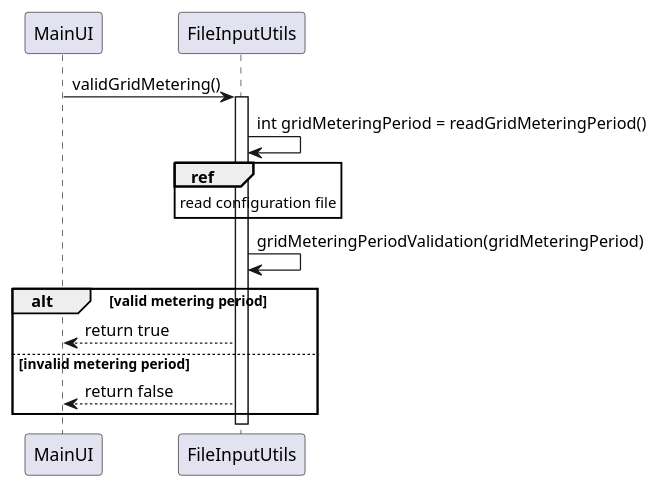
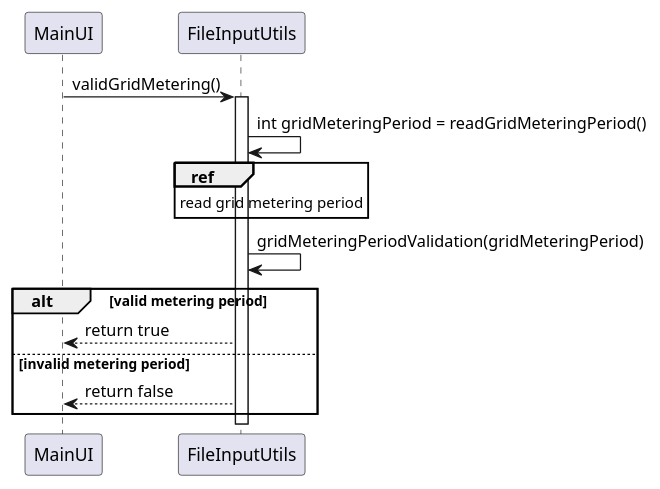
Before and after one commit to Almadanmp/project: the diagram in uml/US51/US51_FileInputUtils.puml, drawn with PlantUML. The commit also changed 3 other files, not shown here.

First line of the commit message:
REF #98 US50 eliminate duplicated method readDeviceMeteringPeriod2() deviceMeteringPeriodValidation optimization

```diff
--- a/uml/US51/US51_FileInputUtils.puml
+++ b/uml/US51/US51_FileInputUtils.puml
@@ -3,18 +3,18 @@
 @startuml
 MainUI -> FileInputUtils: validGridMetering()
 activate FileInputUtils
 
 FileInputUtils -> FileInputUtils: int gridMeteringPeriod = readGridMeteringPeriod()
 ref over FileInputUtils
-read configuration file
+read grid metering period
 end ref
 FileInputUtils -> FileInputUtils: gridMeteringPeriodValidation(gridMeteringPeriod)
 
 alt valid metering period
 FileInputUtils --> MainUI: return true
 
 else invalid metering period
 FileInputUtils --> MainUI: return false
 
 end
 @enduml
```
